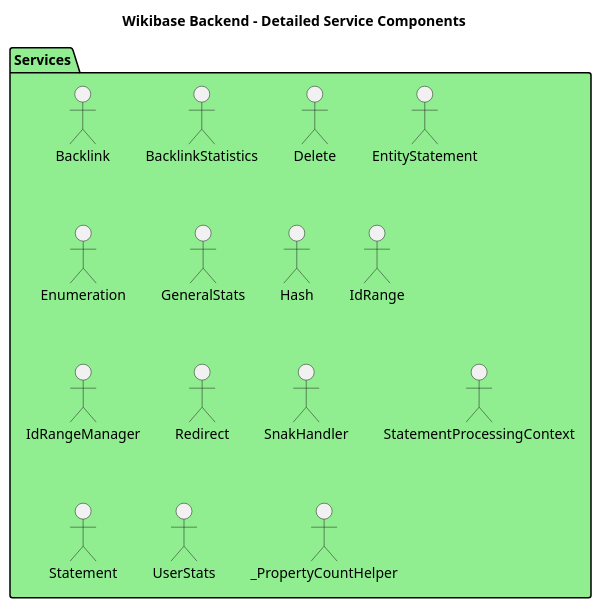
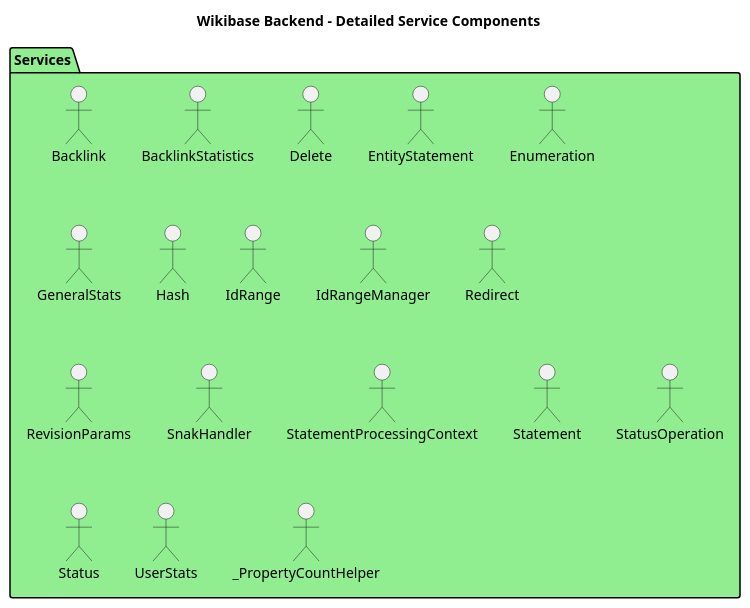
The diagram in docs/DIAGRAMS/detailed_service_components.puml (dpriskorn/entitybase-backend), drawn with PlantUML before and after one commit. The commit also changed 31 other files, not shown here.

```diff
--- a/docs/DIAGRAMS/detailed_service_components.puml
+++ b/docs/DIAGRAMS/detailed_service_components.puml
@@ -1,23 +1,26 @@
 @startuml Detailed Service Components
 
 title Wikibase Backend - Detailed Service Components
 
 package "Services" as Services #LightGreen {
     "Backlink" as BacklinkService
     "BacklinkStatistics" as BacklinkStatisticsService
     "Delete" as DeleteService
     "EntityStatement" as EntityStatementService
     "Enumeration" as EnumerationService
     "GeneralStats" as GeneralStatsService
     "Hash" as HashService
     "IdRange" as IdRange
     "IdRangeManager" as IdRangeManager
     "Redirect" as RedirectService
+    "RevisionParams" as RevisionParams
     "SnakHandler" as SnakHandler
     "StatementProcessingContext" as StatementProcessingContext
     "Statement" as StatementService
+    "StatusOperation" as StatusOperation
+    "Status" as StatusService
     "UserStats" as UserStatsService
     "_PropertyCountHelper" as _PropertyCountHelper
 }
 
 @enduml
```
